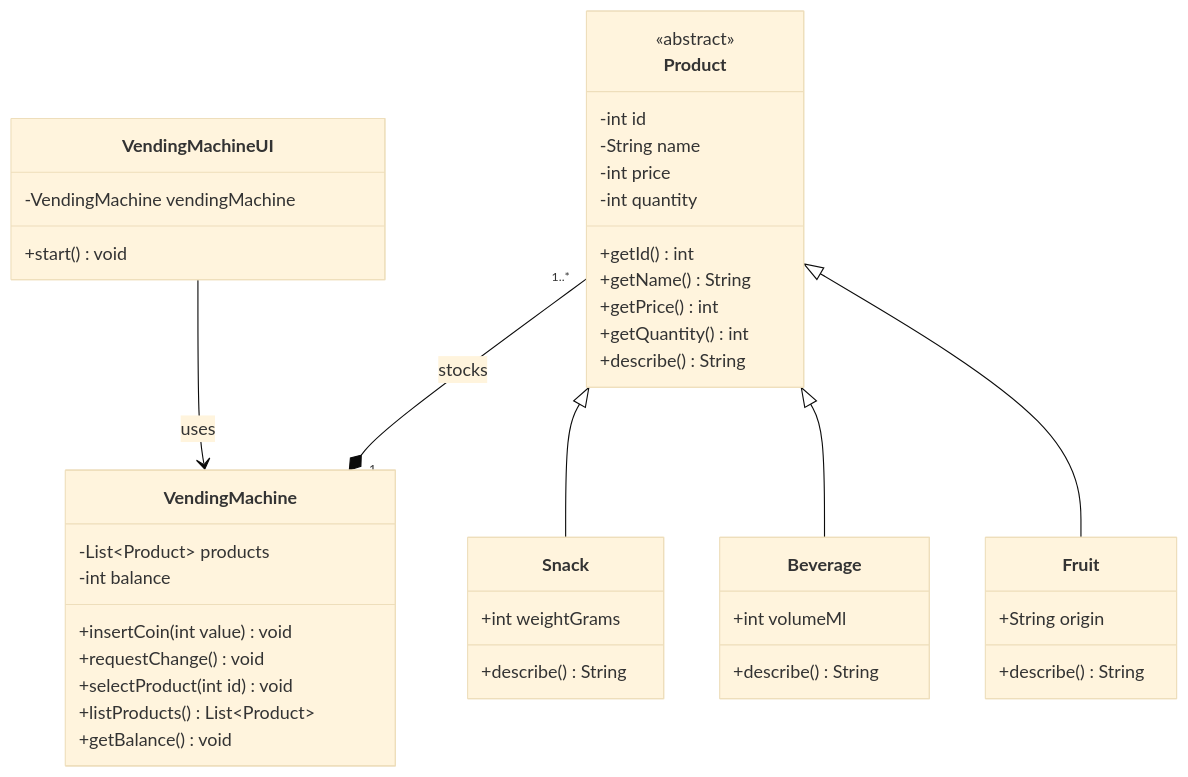
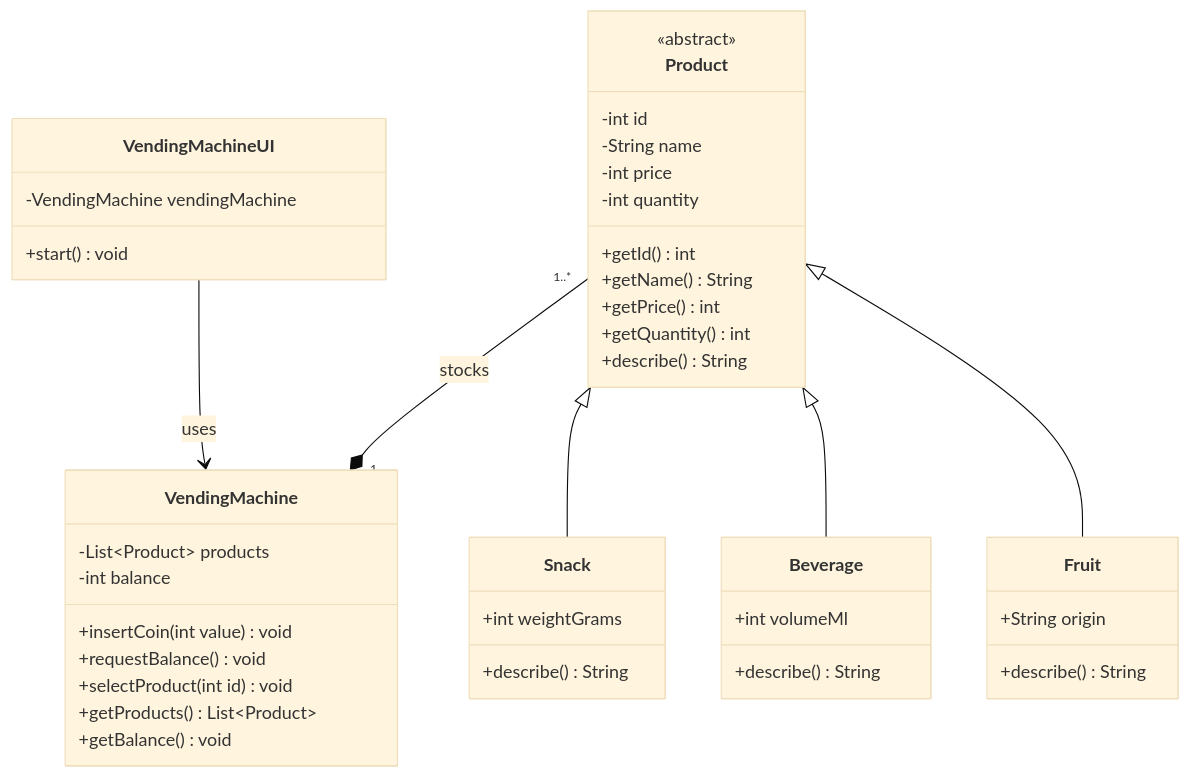
The diagram in src/main/java/se/lexicon/classDiagram.md (LiquidLemonLOL/OOPWSVendingMachine), drawn with Mermaid (base theme) before and after one commit. The commit also changed 10 other files, not shown here.

````diff
--- a/src/main/java/se/lexicon/classDiagram.md
+++ b/src/main/java/se/lexicon/classDiagram.md
@@ -4,48 +4,48 @@
 ```mermaid
 classDiagram
     Direction RL
     VendingMachineUI --> VendingMachine : uses
     Product "1..*" --* "1" VendingMachine : stocks
     Product <|-- Snack
     Product <|-- Beverage
     Product <|-- Fruit
     class Product {
         <<abstract>>
         -int id
         -String name
         -int price
         -int quantity
         +getId() int
         +getName() String
         +getPrice() int
         +getQuantity() int
         +describe() String
     }
     class Beverage {
         +int volumeMl
         +describe() String
     }
     class Fruit {
         +String origin
         +describe() String
     }
     class Snack {
         +int weightGrams
         +describe() String
     }
     class VendingMachine {
         -List~Product~ products
         -int balance
         +insertCoin(int value) void
-        +requestChange() void
+        +requestBalance() void
         +selectProduct(int id) void
-        +listProducts() List~Product~
+        +getProducts() List~Product~
         +getBalance() void
     }
     class VendingMachineUI {
         -VendingMachine vendingMachine
         +start() void
     }
 
 
 ```
````
